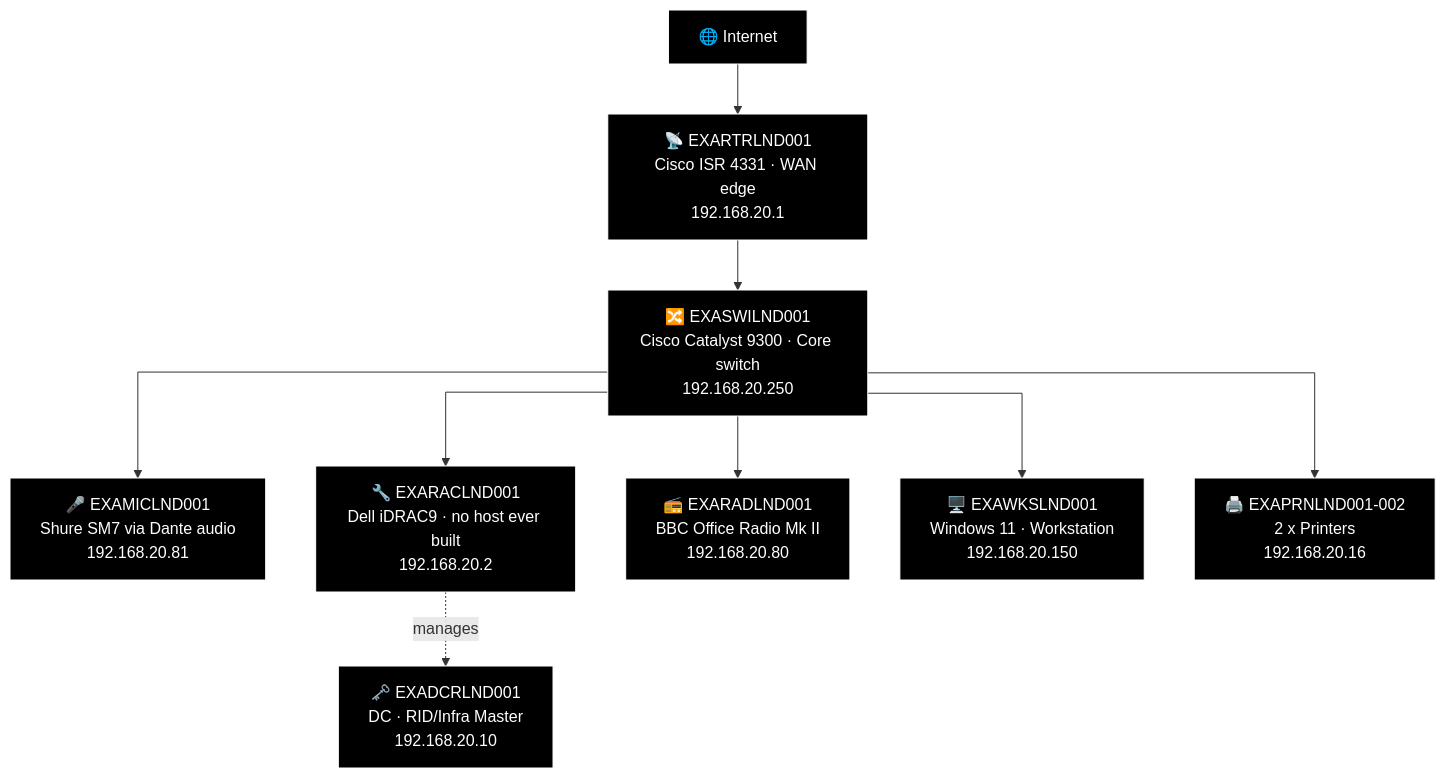
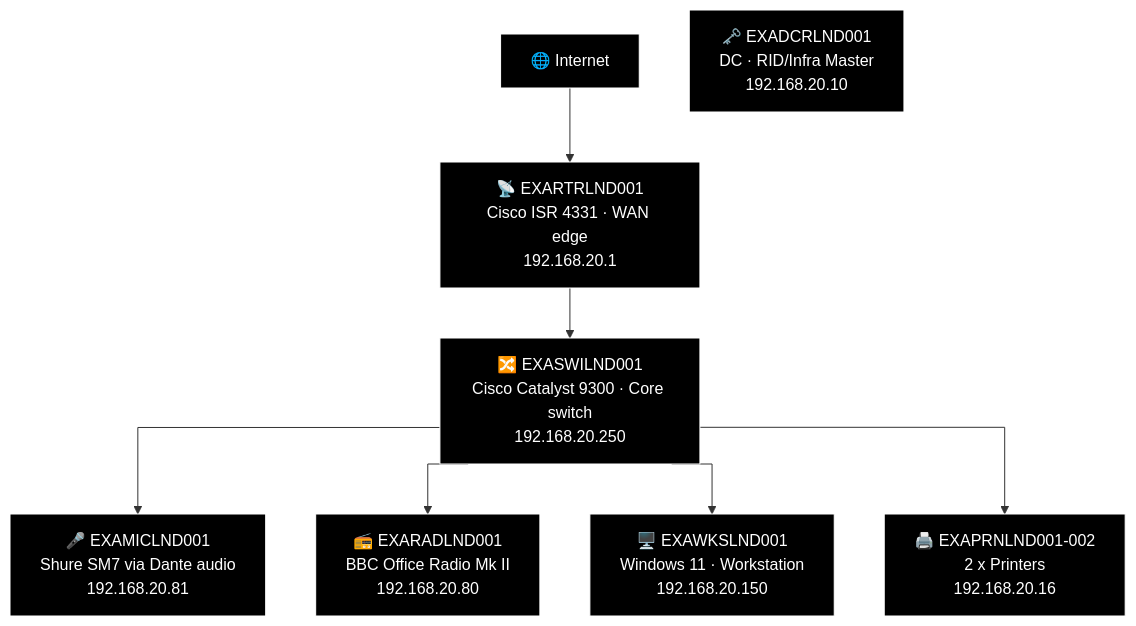
One commit to knightmare2600/example_music_infra changed the first of 27 diagrams in docs/network-diagram/england.md. Above: the diagram before and after it, drawn with Mermaid. The commit also changed other lines of this file and 36 other files, not shown here.

````diff
--- a/docs/network-diagram/england.md
+++ b/docs/network-diagram/england.md
@@ -27,33 +27,29 @@
 ```mermaid
 %% GENERATED:OLDNETWORK:LND:START
 %%{init: {'flowchart': {'curve': 'stepAfter'}}}%%
 graph TD
     O_INET["🌐 Internet"]
     O_RTR["📡 EXARTRLND001<br/>Cisco ISR 4331 · WAN edge<br/>192.168.20.1"]
     O_SWI["🔀 EXASWILND001<br/>Cisco Catalyst 9300 · Core switch<br/>192.168.20.250"]
     O_DCR["🗝️ EXADCRLND001<br/>DC · RID/Infra Master<br/>192.168.20.10"]
     O_MIC["🎤 EXAMICLND001<br/>Shure SM7 via Dante audio<br/>192.168.20.81"]
-    O_RAC["🔧 EXARACLND001<br/>Dell iDRAC9 · no host ever built<br/>192.168.20.2"]
     O_RAD["📻 EXARADLND001<br/>BBC Office Radio Mk II<br/>192.168.20.80"]
     O_WKS["🖥️ EXAWKSLND001<br/>Windows 11 · Workstation<br/>192.168.20.150"]
     O_PRN["🖨️ EXAPRNLND001-002<br/>2 x Printers<br/>192.168.20.16"]
     O_INET --> O_RTR
     O_RTR --> O_SWI
     O_SWI --> O_MIC
-    O_SWI --> O_RAC
-    O_RAC -.->|"manages"| O_DCR
     O_SWI --> O_RAD
     O_SWI --> O_WKS
     O_SWI --> O_PRN
 
     style O_INET fill:#000000,stroke:#FFFFFF,color:#FFFFFF
     style O_RTR fill:#000000,stroke:#FFFFFF,color:#FFFFFF
     style O_SWI fill:#000000,stroke:#FFFFFF,color:#FFFFFF
     style O_DCR fill:#000000,stroke:#FFFFFF,color:#FFFFFF
     style O_MIC fill:#000000,stroke:#FFFFFF,color:#FFFFFF
-    style O_RAC fill:#000000,stroke:#FFFFFF,color:#FFFFFF
     style O_RAD fill:#000000,stroke:#FFFFFF,color:#FFFFFF
     style O_WKS fill:#000000,stroke:#FFFFFF,color:#FFFFFF
     style O_PRN fill:#000000,stroke:#FFFFFF,color:#FFFFFF
 %% GENERATED:OLDNETWORK:LND:END
 ```
````
